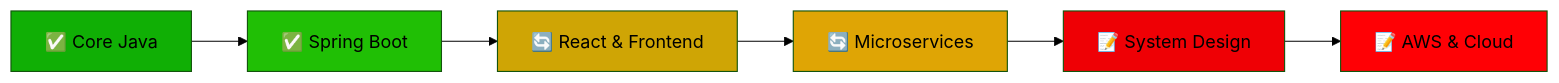
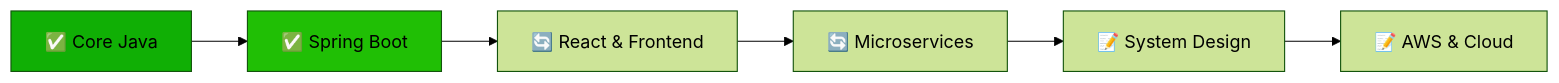
One commit to ShubhamKRay/ShubhamKRay changed the diagram in README.md. Above: the diagram before and after it, drawn with Mermaid (forest theme).

Commit message:
Modify styles in Mermaid diagram
Updated Mermaid diagram styles in README.

``````diff
--- a/README.md
+++ b/README.md
@@ -278,15 +278,15 @@
-```mermaid
+`````mermaid
 graph LR
     A[✅ Core Java] --> B[✅ Spring Boot]
     B --> C[🔄 React & Frontend]
     C --> D[🔄 Microservices]
     D --> E[📝 System Design]
     E --> F[📝 AWS & Cloud]
     
     style A fill:#10AF05
     style B fill:#20BF05
-    style C fill:#CFA505
-    style D fill:#DFA505
-    style E fill:#EF0005
-    style F fill:#FF0005
-```
+    style C fill:#30FA505
+    style D fill:#40FA505
+    style E fill:#50F0005
+    style F fill:#60F0005
+`````
``````
